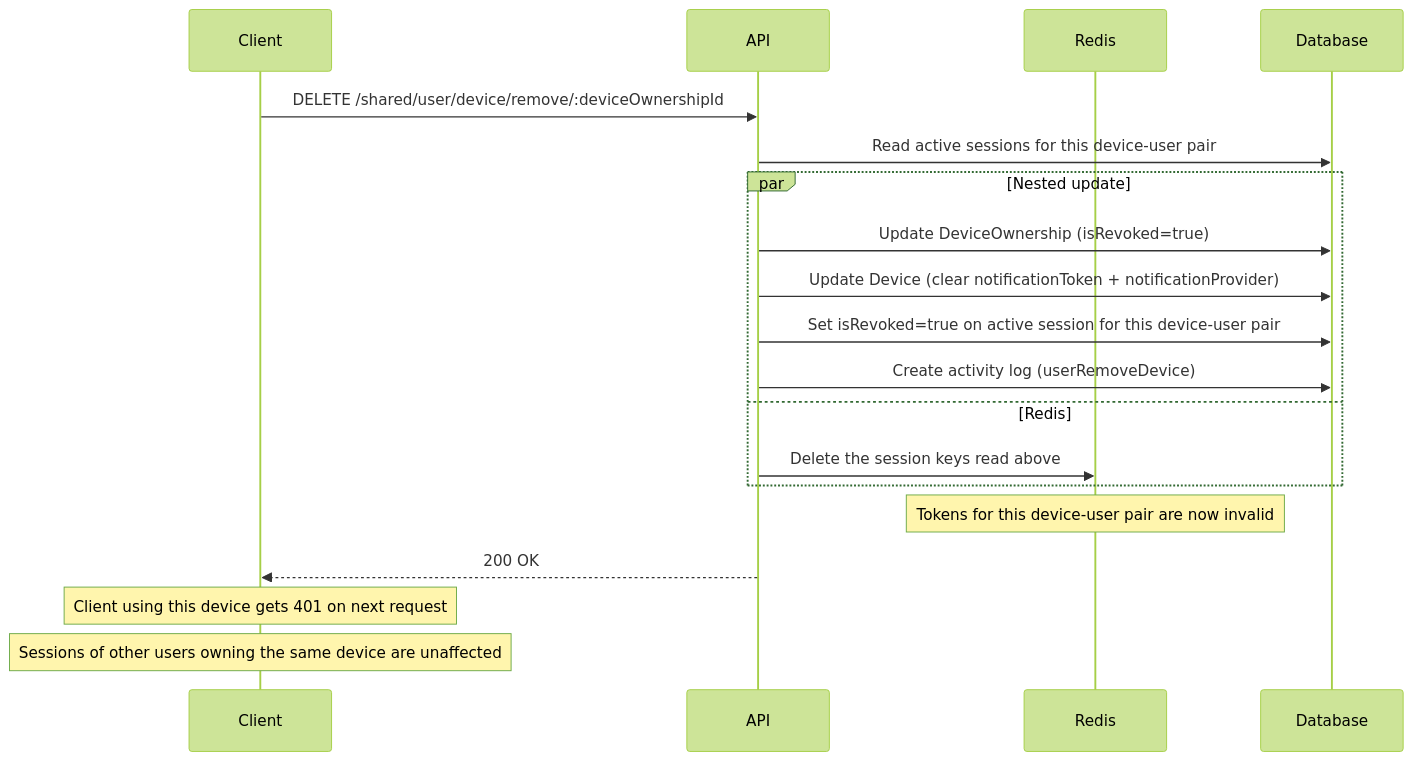
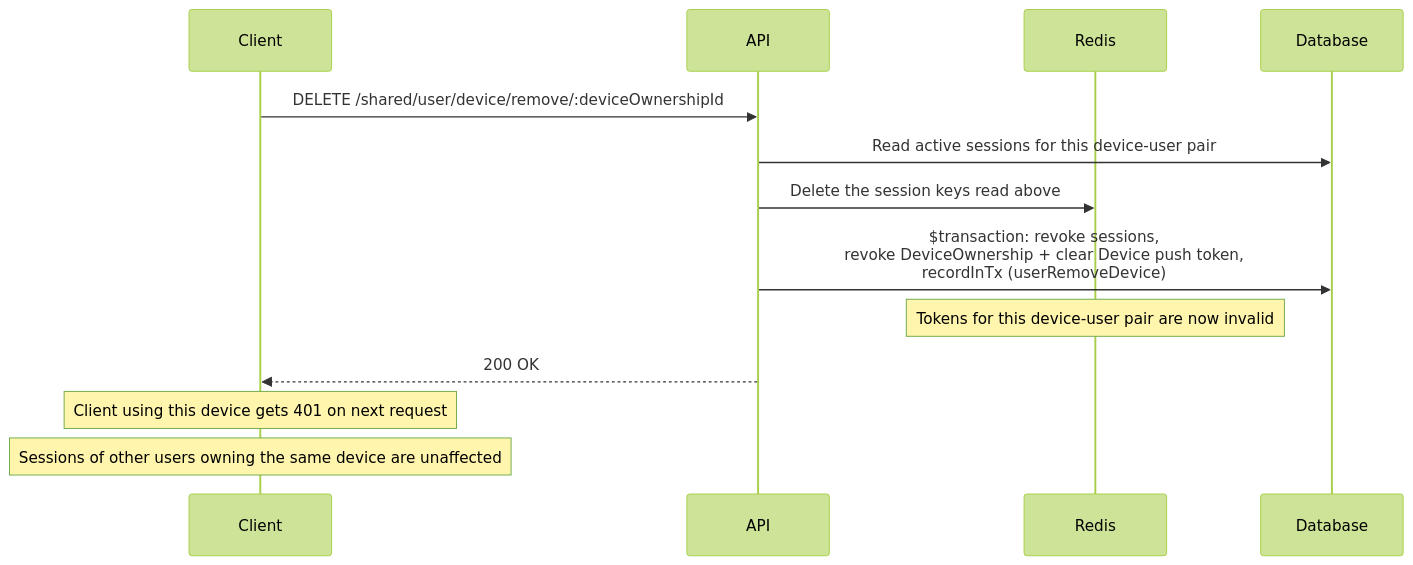
One commit to andrechristikan/ack-nestjs-boilerplate changed the diagram in docs/device.md. Above: the diagram before and after it, drawn with Mermaid (forest theme). The commit also changed other lines of this file and 430 other files, not shown here.

````diff
--- a/docs/device.md
+++ b/docs/device.md
@@ -106,22 +103,16 @@
 ```mermaid
 sequenceDiagram
     participant Client
     participant API
     participant Redis
     participant Database
 
     Client->>API: DELETE /shared/user/device/remove/:deviceOwnershipId
     API->>Database: Read active sessions for this device-user pair
-    par Nested update
-        API->>Database: Update DeviceOwnership (isRevoked=true)
-        API->>Database: Update Device (clear notificationToken + notificationProvider)
-        API->>Database: Set isRevoked=true on active session for this device-user pair
-        API->>Database: Create activity log (userRemoveDevice)
-    and Redis
-        API->>Redis: Delete the session keys read above
-    end
+    API->>Redis: Delete the session keys read above
+    API->>Database: $transaction: revoke sessions,<br/>revoke DeviceOwnership + clear Device push token,<br/>recordInTx (userRemoveDevice)
     Note over Redis: Tokens for this device-user pair are now invalid
     API-->>Client: 200 OK
     Note over Client: Client using this device gets 401 on next request
     Note over Client: Sessions of other users owning the same device are unaffected
 ```
````
